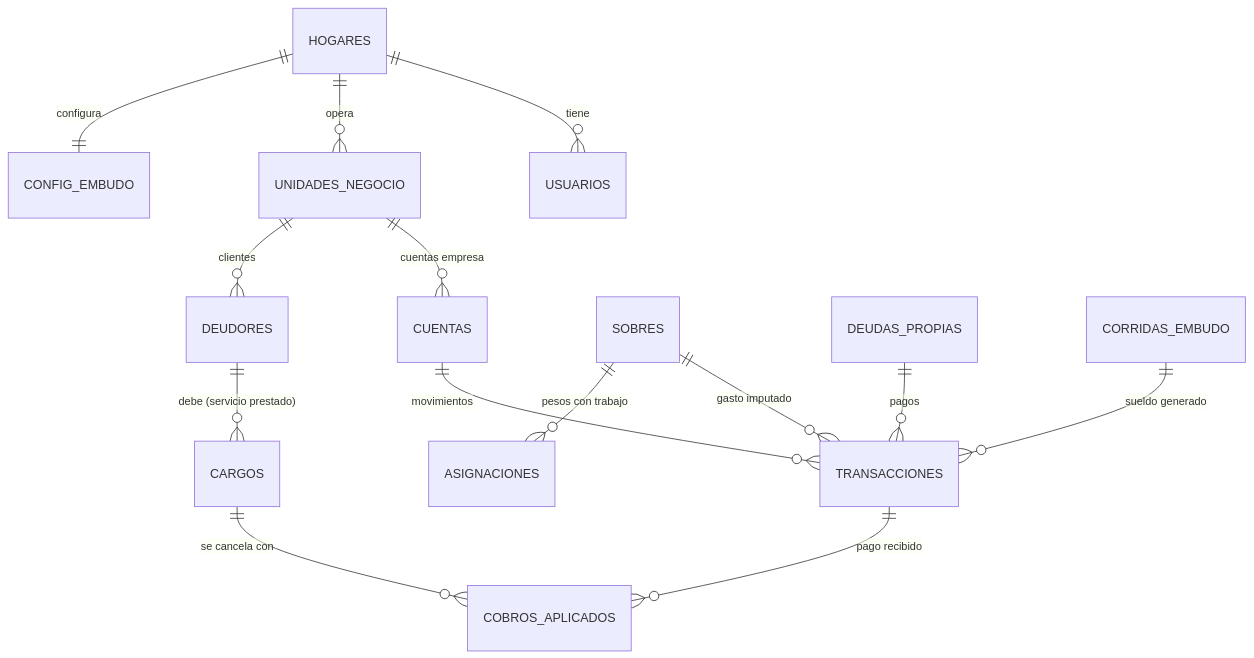
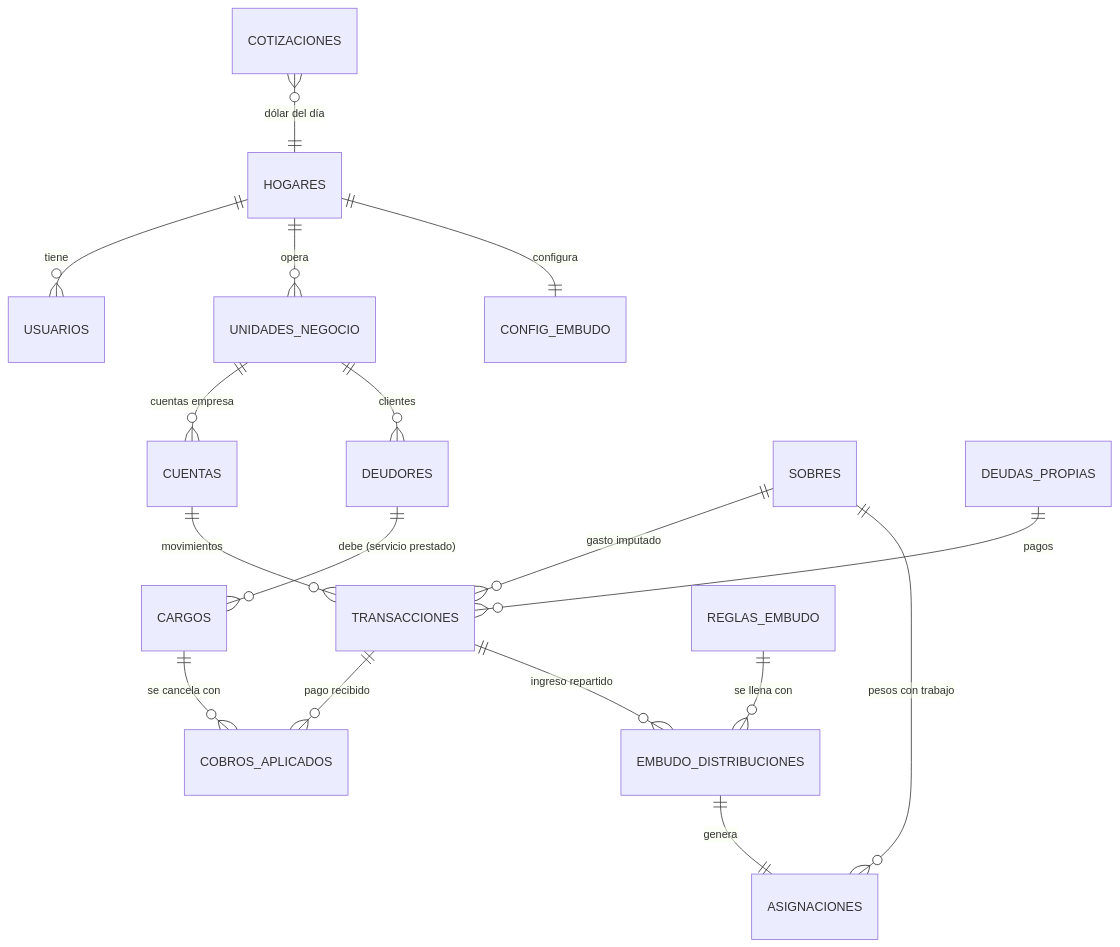
Before and after one commit to bhoxar/Familianzas: the diagram in docs/fase-1-arquitectura.md, drawn with Mermaid. The commit also changed other lines of this file and 4 other files, not shown here.

````diff
--- a/docs/fase-1-arquitectura.md
+++ b/docs/fase-1-arquitectura.md
@@ -98,16 +98,19 @@
 ```mermaid
 erDiagram
   HOGARES ||--o{ USUARIOS : tiene
   HOGARES ||--o{ UNIDADES_NEGOCIO : opera
   HOGARES ||--|| CONFIG_EMBUDO : configura
   UNIDADES_NEGOCIO ||--o{ CUENTAS : "cuentas empresa"
   UNIDADES_NEGOCIO ||--o{ DEUDORES : clientes
   DEUDORES ||--o{ CARGOS : "debe (servicio prestado)"
   CARGOS ||--o{ COBROS_APLICADOS : "se cancela con"
   TRANSACCIONES ||--o{ COBROS_APLICADOS : "pago recibido"
   CUENTAS ||--o{ TRANSACCIONES : movimientos
   SOBRES ||--o{ TRANSACCIONES : "gasto imputado"
   SOBRES ||--o{ ASIGNACIONES : "pesos con trabajo"
   DEUDAS_PROPIAS ||--o{ TRANSACCIONES : "pagos"
-  CORRIDAS_EMBUDO ||--o{ TRANSACCIONES : "sueldo generado"
+  REGLAS_EMBUDO ||--o{ EMBUDO_DISTRIBUCIONES : "se llena con"
+  TRANSACCIONES ||--o{ EMBUDO_DISTRIBUCIONES : "ingreso repartido"
+  EMBUDO_DISTRIBUCIONES ||--|| ASIGNACIONES : genera
+  COTIZACIONES }o--|| HOGARES : "dólar del día"
 ```
````
